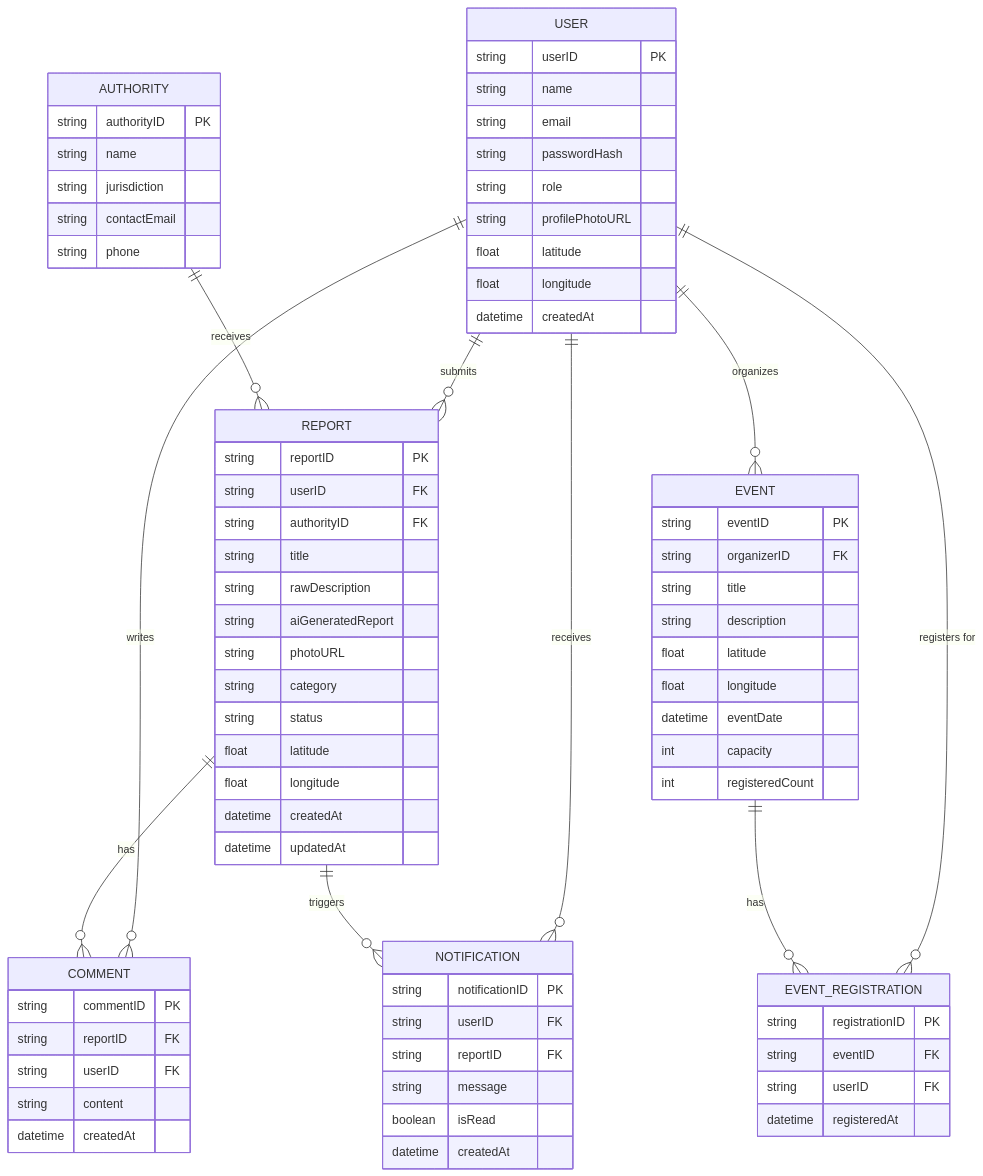
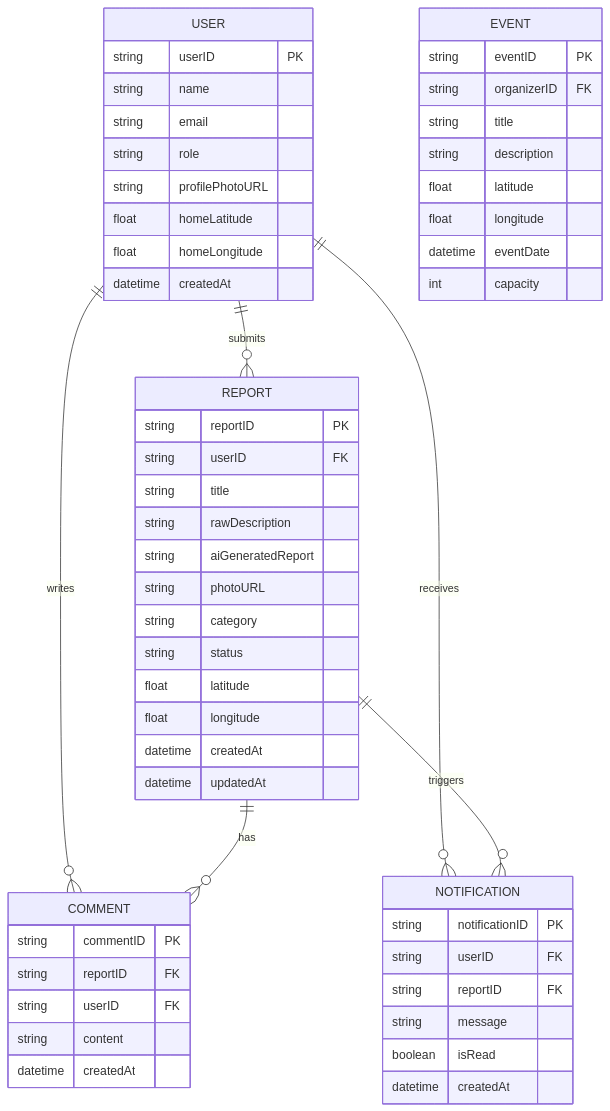
One commit to yousef-MAjeeb/Eco-Guardian changed the third of 11 diagrams in App Documentation/System Analysis & Design — Eco-Guardian.md. Above: the diagram before and after it, drawn with Mermaid. The commit also changed other lines of this file, not shown here.

````diff
--- a/App Documentation/System Analysis & Design — Eco-Guardian.md
+++ b/App Documentation/System Analysis & Design — Eco-Guardian.md
@@ -134,18 +130,16 @@
         string userID PK
         string name
         string email
-        string passwordHash
         string role
         string profilePhotoURL
-        float latitude
-        float longitude
+        float homeLatitude
+        float homeLongitude
         datetime createdAt
     }
 
     REPORT {
         string reportID PK
         string userID FK
-        string authorityID FK
         string title
         string rawDescription
         string aiGeneratedReport
@@ -158,14 +152,6 @@
         datetime updatedAt
     }
 
-    AUTHORITY {
-        string authorityID PK
-        string name
-        string jurisdiction
-        string contactEmail
-        string phone
-    }
-
     EVENT {
         string eventID PK
         string organizerID FK
@@ -175,14 +161,6 @@
         float longitude
         datetime eventDate
         int capacity
-        int registeredCount
-    }
-
-    EVENT_REGISTRATION {
-        string registrationID PK
-        string eventID FK
-        string userID FK
-        datetime registeredAt
     }
 
     NOTIFICATION {
@@ -203,12 +181,8 @@
     }
 
     USER ||--o{ REPORT : "submits"
-    USER ||--o{ EVENT_REGISTRATION : "registers for"
     USER ||--o{ COMMENT : "writes"
     USER ||--o{ NOTIFICATION : "receives"
-    USER ||--o{ EVENT : "organizes"
-    EVENT ||--o{ EVENT_REGISTRATION : "has"
     REPORT ||--o{ COMMENT : "has"
     REPORT ||--o{ NOTIFICATION : "triggers"
-    AUTHORITY ||--o{ REPORT : "receives"
 ```
````
